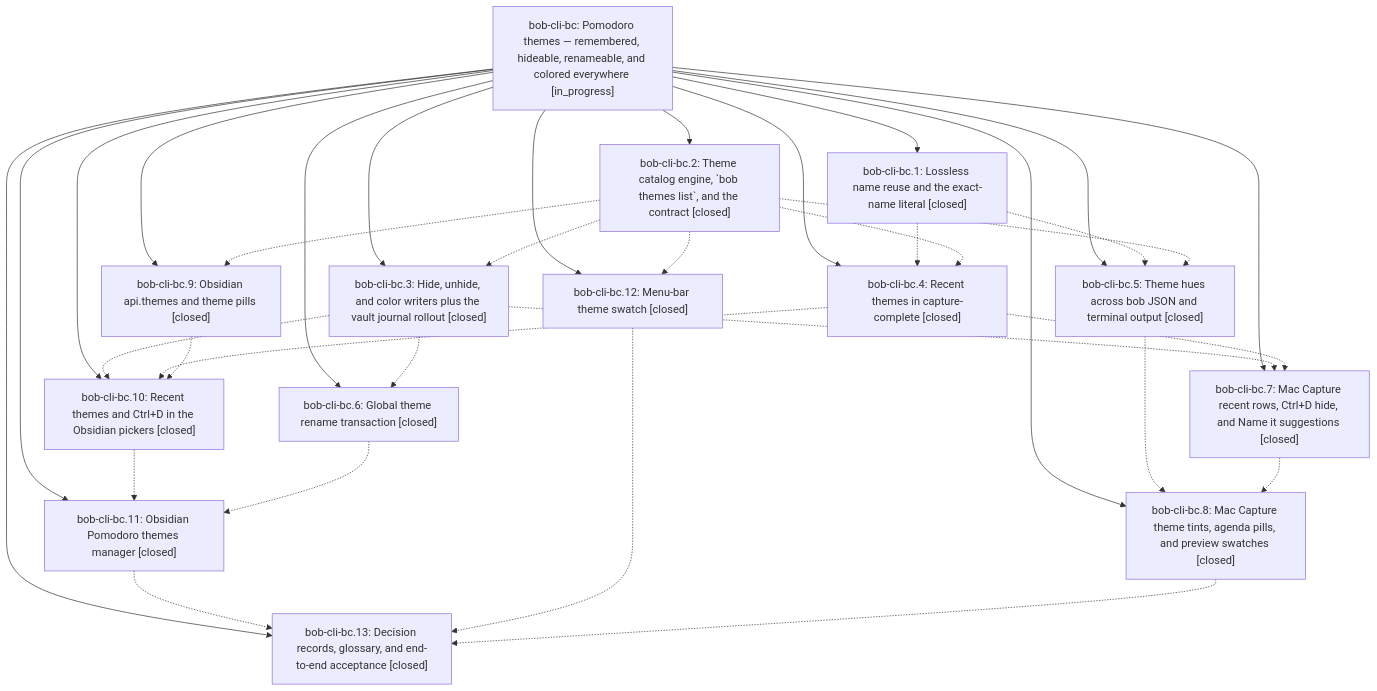
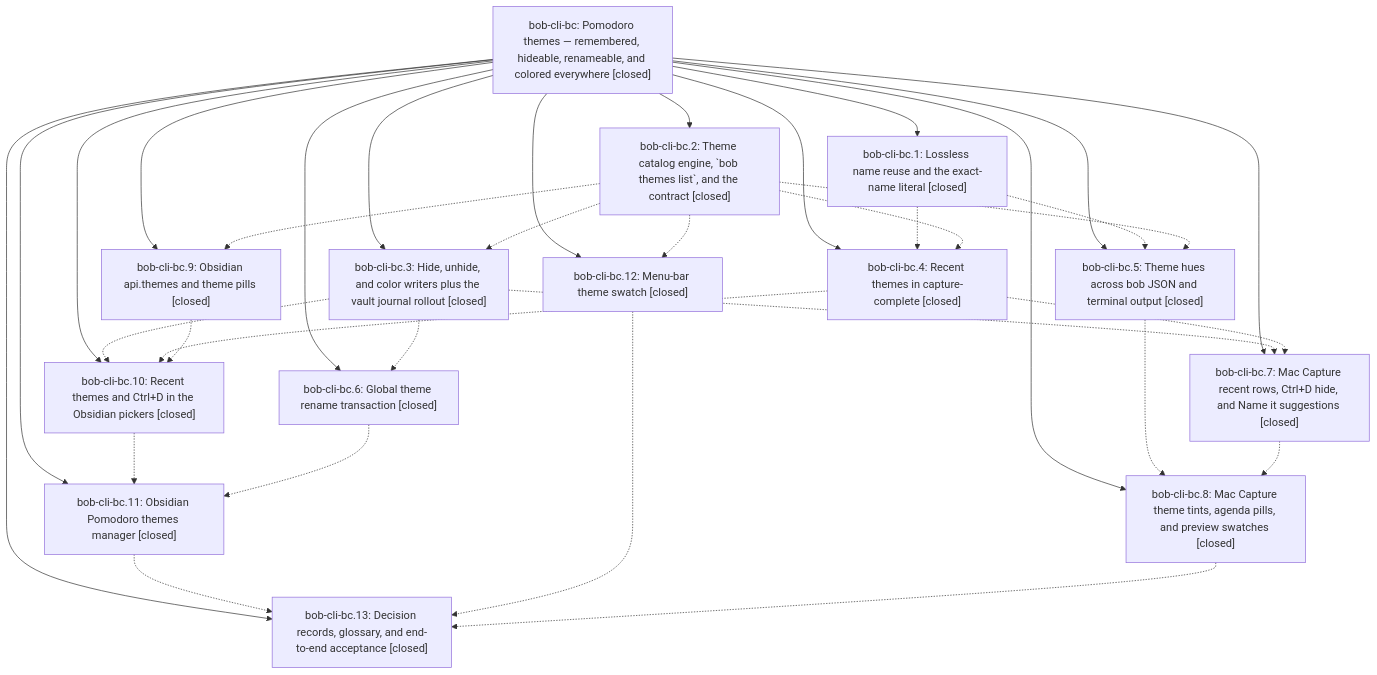
The diagram in pages/bob-cli-bc/README.md (bobs-org/bob-cli--beads), drawn with Mermaid before and after one commit. The commit also changed other lines of this file, not shown here.

First line of the commit message:
chore(beads): sync bead state and pages for bob-cli-bc

````diff
--- a/pages/bob-cli-bc/README.md
+++ b/pages/bob-cli-bc/README.md
@@ -58,50 +62,50 @@
 ```mermaid
 flowchart TD
-    n0["bob-cli-bc: Pomodoro themes — remembered, hideable, renameable, and colored everywhere [in_progress]"]
+    n0["bob-cli-bc: Pomodoro themes — remembered, hideable, renameable, and colored everywhere [closed]"]
     n1["bob-cli-bc.1: Lossless name reuse and the exact-name literal [closed]"]
     n2["bob-cli-bc.10: Recent themes and Ctrl+D in the Obsidian pickers [closed]"]
     n3["bob-cli-bc.11: Obsidian Pomodoro themes manager [closed]"]
     n4["bob-cli-bc.12: Menu-bar theme swatch [closed]"]
     n5["bob-cli-bc.13: Decision records, glossary, and end-to-end acceptance [closed]"]
     n6["bob-cli-bc.2: Theme catalog engine, `bob themes list`, and the contract [closed]"]
     n7["bob-cli-bc.3: Hide, unhide, and color writers plus the vault journal rollout [closed]"]
     n8["bob-cli-bc.4: Recent themes in capture-complete [closed]"]
     n9["bob-cli-bc.5: Theme hues across bob JSON and terminal output [closed]"]
     n10["bob-cli-bc.6: Global theme rename transaction [closed]"]
     n11["bob-cli-bc.7: Mac Capture recent rows, Ctrl+D hide, and Name it suggestions [closed]"]
     n12["bob-cli-bc.8: Mac Capture theme tints, agenda pills, and preview swatches [closed]"]
     n13["bob-cli-bc.9: Obsidian api.themes and theme pills [closed]"]
     n0 --> n1
     n0 --> n2
     n0 --> n3
     n0 --> n4
     n0 --> n5
     n0 --> n6
     n0 --> n7
     n0 --> n8
     n0 --> n9
     n0 --> n10
     n0 --> n11
     n0 --> n12
     n0 --> n13
     n1 -.-> n8
     n1 -.-> n9
     n2 -.-> n3
     n3 -.-> n5
     n4 -.-> n5
     n6 -.-> n4
     n6 -.-> n7
     n6 -.-> n8
     n6 -.-> n9
     n6 -.-> n13
     n7 -.-> n2
     n7 -.-> n10
     n7 -.-> n11
     n8 -.-> n2
     n8 -.-> n11
     n9 -.-> n12
     n10 -.-> n3
     n11 -.-> n12
     n12 -.-> n5
     n13 -.-> n2
 ```
````
